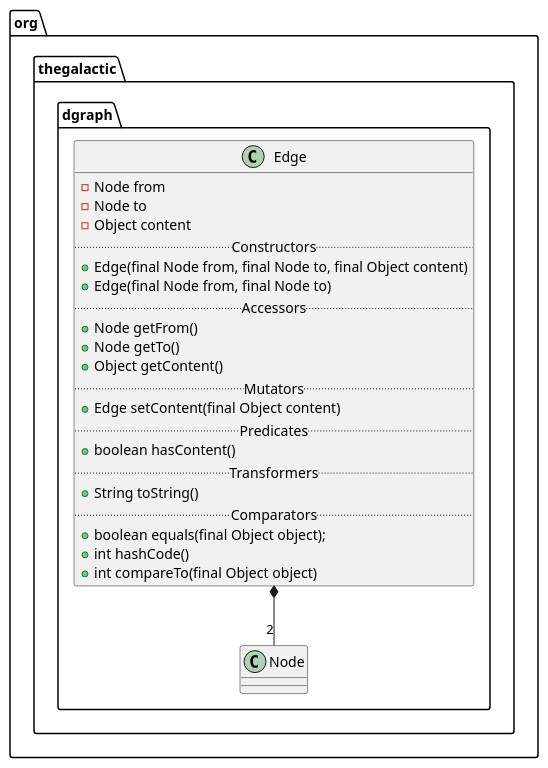
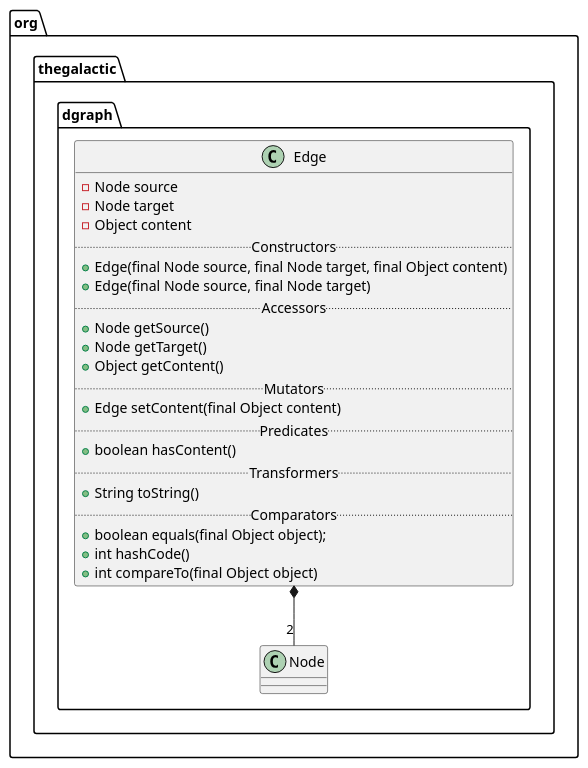
The diagram in src/main/doc/resources/org/thegalactic/dgraph/Edge.iuml (thegalactic/java-lattices), drawn with PlantUML before and after one commit. The commit also changed 14 other files, not shown here.

```diff
--- a/src/main/doc/resources/org/thegalactic/dgraph/Edge.iuml
+++ b/src/main/doc/resources/org/thegalactic/dgraph/Edge.iuml
@@ -1,26 +1,26 @@
 package org.thegalactic.dgraph {
     class Edge {
-        -Node from
-        -Node to
+        -Node source
+        -Node target
         -Object content
         .. Constructors ..
-        +Edge(final Node from, final Node to, final Object content)
-        +Edge(final Node from, final Node to)
+        +Edge(final Node source, final Node target, final Object content)
+        +Edge(final Node source, final Node target)
         .. Accessors ..
-        +Node getFrom()
-        +Node getTo()
+        +Node getSource()
+        +Node getTarget()
         +Object getContent()
         .. Mutators ..
         +Edge setContent(final Object content)
         .. Predicates ..
         +boolean hasContent()
         .. Transformers ..
         +String toString()
         .. Comparators ..
         +boolean equals(final Object object);
         +int hashCode()
         +int compareTo(final Object object)
     }
 
     Edge *-- "2" Node
 }
```
